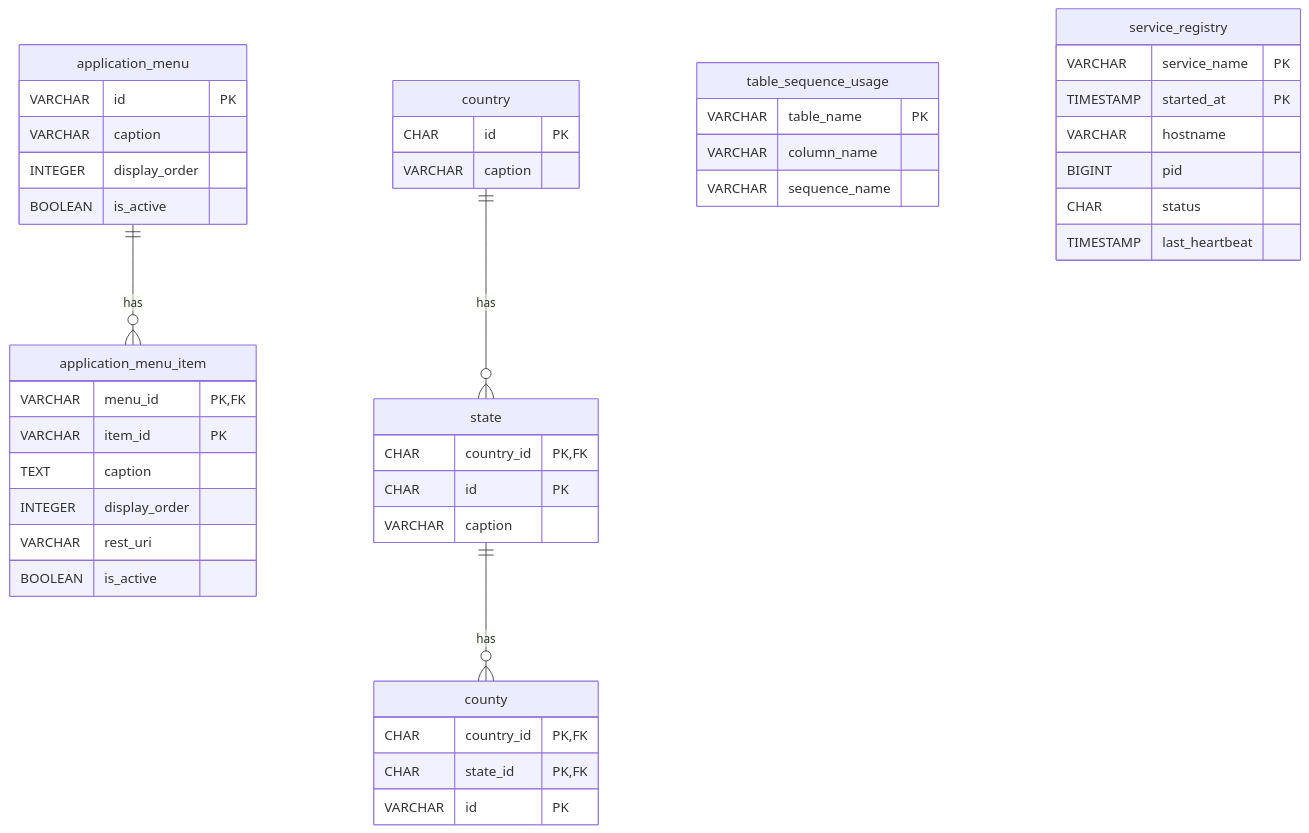
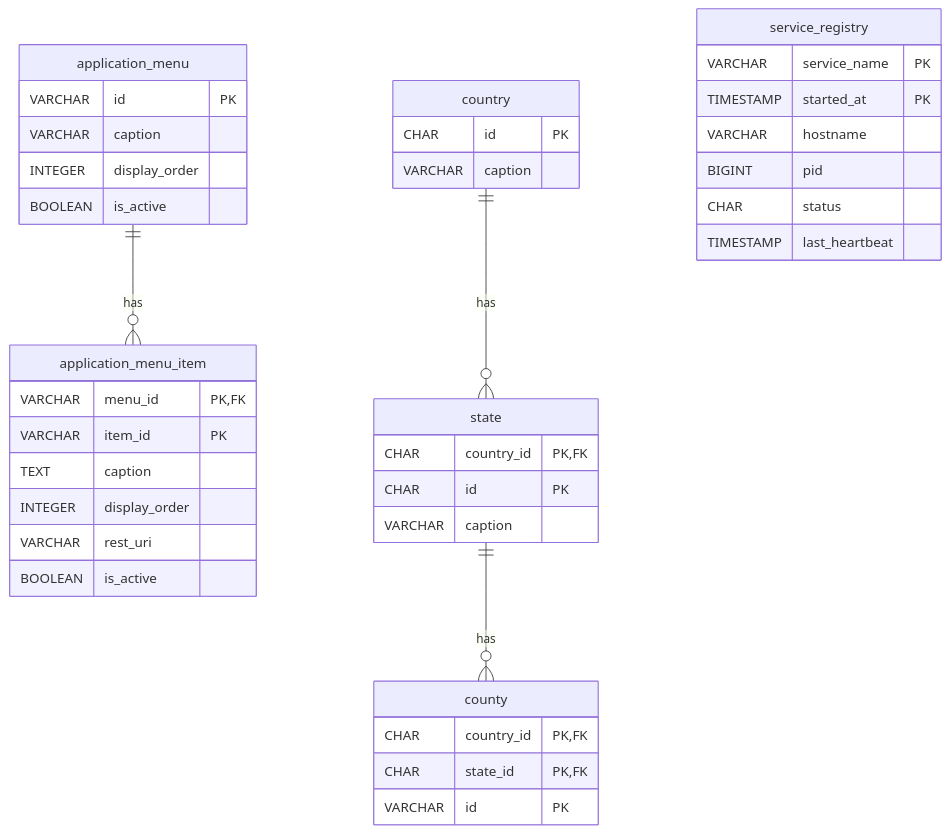
Before and after one commit to nauticana/keel: the seventh of 14 diagrams in README.md, drawn with Mermaid. The commit also changed other lines of this file and 5 other files, not shown here.

````diff
--- a/README.md
+++ b/README.md
@@ -1903,51 +1934,43 @@
 ```mermaid
 erDiagram
+    application_menu ||--o{ application_menu_item : has
+    country ||--o{ state : has
+    state ||--o{ county : has
+
     application_menu {
         VARCHAR id PK
         VARCHAR caption
         INTEGER display_order
         BOOLEAN is_active
     }
     application_menu_item {
         VARCHAR menu_id PK,FK
         VARCHAR item_id PK
         TEXT caption
         INTEGER display_order
         VARCHAR rest_uri
         BOOLEAN is_active
     }
-    application_menu ||--o{ application_menu_item : has
-
     country {
         CHAR id PK
         VARCHAR caption
     }
     state {
         CHAR country_id PK,FK
         CHAR id PK
         VARCHAR caption
     }
     county {
         CHAR country_id PK,FK
         CHAR state_id PK,FK
         VARCHAR id PK
     }
-    country ||--o{ state : has
-    state ||--o{ county : has
-
-    table_sequence_usage {
-        VARCHAR table_name PK
-        VARCHAR column_name
-        VARCHAR sequence_name
-    }
-
     service_registry {
         VARCHAR service_name PK
         TIMESTAMP started_at PK
         VARCHAR hostname
         BIGINT pid
         CHAR status
         TIMESTAMP last_heartbeat
     }
-
 ```
````
